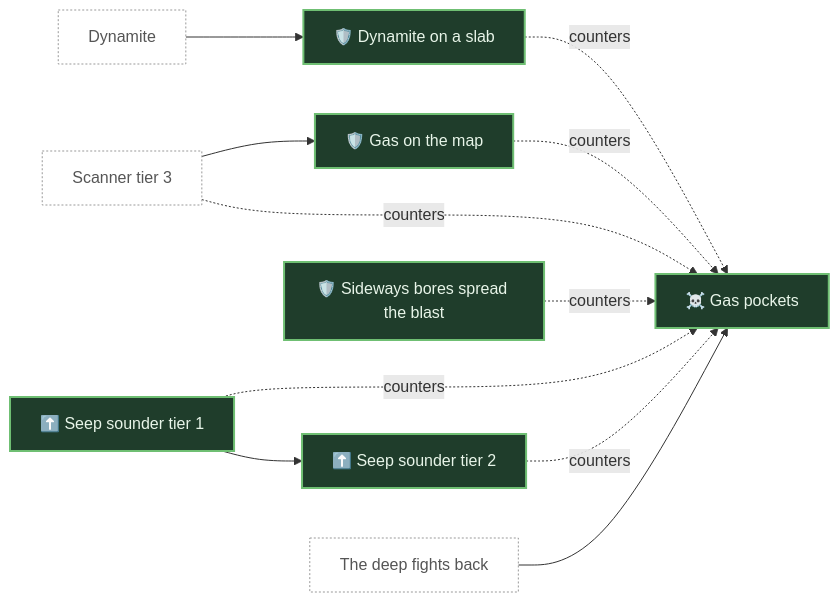
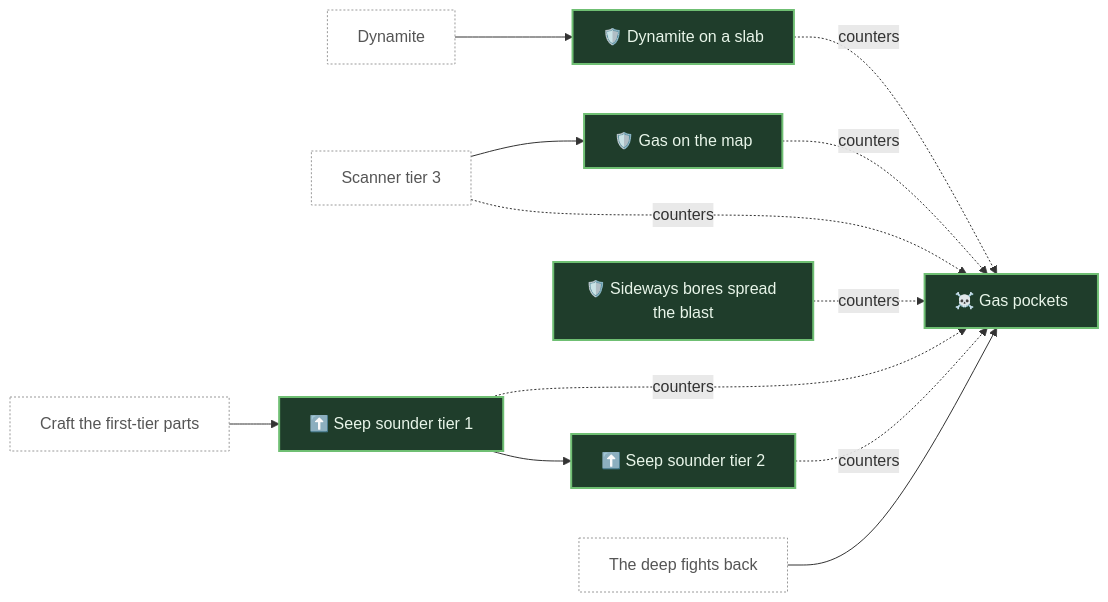
One commit to pkeppeler/deepcharter changed diagram 16 of 30 in docs/FEATURE-MAP.md. Above: the diagram before and after it, drawn with Mermaid. The commit also changed other lines of this file and 47 other files, not shown here.

````diff
--- a/docs/FEATURE-MAP.md
+++ b/docs/FEATURE-MAP.md
@@ -850,29 +860,31 @@
 ```mermaid
 flowchart LR
   n_gas_pocket["☠️ Gas pockets"]
   n_dynamite_aim["🛡️ Dynamite on a slab"]
   n_sounder_t1["⬆️ Seep sounder tier 1"]
   n_sounder_t2["⬆️ Seep sounder tier 2"]
   n_sideways_share["🛡️ Sideways bores spread the blast"]
   n_scanner_gas["🛡️ Gas on the map"]
   n_dynamite["Dynamite"]
+  n_parts_from_crafting["Craft the first-tier parts"]
   n_scanner_t3["Scanner tier 3"]
   n_the_deep_bites["The deep fights back"]
   n_dynamite --> n_dynamite_aim
   n_dynamite_aim -. counters .-> n_gas_pocket
+  n_parts_from_crafting --> n_sounder_t1
   n_scanner_gas -. counters .-> n_gas_pocket
   n_scanner_t3 -. counters .-> n_gas_pocket
   n_scanner_t3 --> n_scanner_gas
   n_sideways_share -. counters .-> n_gas_pocket
   n_sounder_t1 -. counters .-> n_gas_pocket
   n_sounder_t1 --> n_sounder_t2
   n_sounder_t2 -. counters .-> n_gas_pocket
   n_the_deep_bites --> n_gas_pocket
   classDef built fill:#1f3d2b,stroke:#6fbf73,stroke-width:2px,color:#e8f5e9
   classDef progress fill:#4a3a10,stroke:#f0b429,stroke-width:2px,color:#fff3d6
   classDef planned fill:#2e2e2e,stroke:#9e9e9e,stroke-width:1px,color:#d6d6d6
   classDef idea fill:#1a1a1a,stroke:#757575,stroke-width:1px,stroke-dasharray:4 3,color:#a0a0a0
   classDef ext fill:#ffffff,stroke:#999999,stroke-width:1px,stroke-dasharray:2 2,color:#555555
   class n_gas_pocket,n_dynamite_aim,n_sounder_t1,n_sounder_t2,n_sideways_share,n_scanner_gas built
-  class n_dynamite,n_scanner_t3,n_the_deep_bites ext
+  class n_dynamite,n_parts_from_crafting,n_scanner_t3,n_the_deep_bites ext
 ```
````
